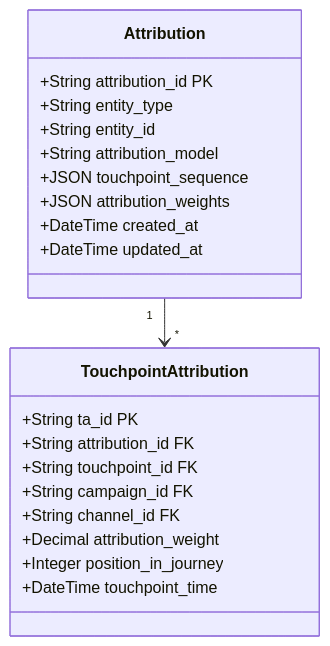
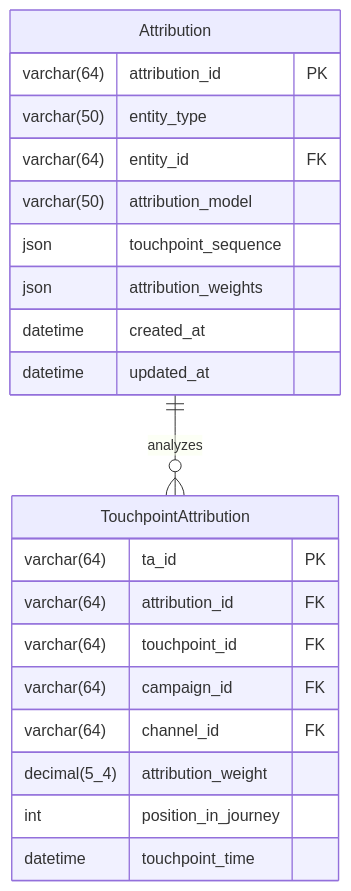
One commit to 312268112/advanced-java changed diagram 15 of 26 in docs/b2b-cdp-entity-design.md. Above: the diagram before and after it, drawn with Mermaid. The commit also changed other lines of this file, not shown here.

Commit message:
Refactor: Improve B2B CDP entity design documentation

````diff
--- a/docs/b2b-cdp-entity-design.md
+++ b/docs/b2b-cdp-entity-design.md
@@ -701,26 +804,26 @@
 ```mermaid
-classDiagram
-    class Attribution {
-        +String attribution_id PK
-        +String entity_type
-        +String entity_id
-        +String attribution_model
-        +JSON touchpoint_sequence
-        +JSON attribution_weights
-        +DateTime created_at
-        +DateTime updated_at
+erDiagram
+    Attribution ||--o{ TouchpointAttribution : "analyzes"
+    
+    Attribution {
+        varchar(64) attribution_id PK
+        varchar(50) entity_type
+        varchar(64) entity_id FK
+        varchar(50) attribution_model
+        json touchpoint_sequence
+        json attribution_weights
+        datetime created_at
+        datetime updated_at
     }
     
-    class TouchpointAttribution {
-        +String ta_id PK
-        +String attribution_id FK
-        +String touchpoint_id FK
-        +String campaign_id FK
-        +String channel_id FK
-        +Decimal attribution_weight
-        +Integer position_in_journey
-        +DateTime touchpoint_time
+    TouchpointAttribution {
+        varchar(64) ta_id PK
+        varchar(64) attribution_id FK
+        varchar(64) touchpoint_id FK
+        varchar(64) campaign_id FK
+        varchar(64) channel_id FK
+        decimal(5_4) attribution_weight
+        int position_in_journey
+        datetime touchpoint_time
     }
-    
-    Attribution "1" --> "*" TouchpointAttribution
 ```
````
